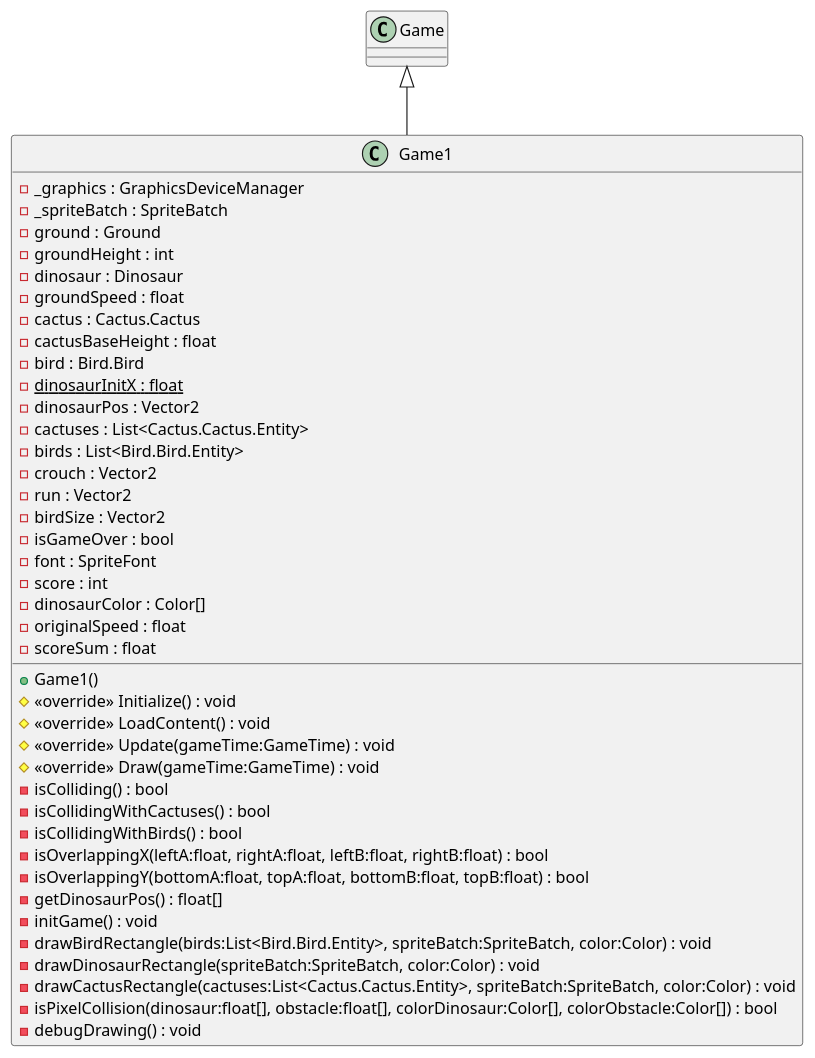
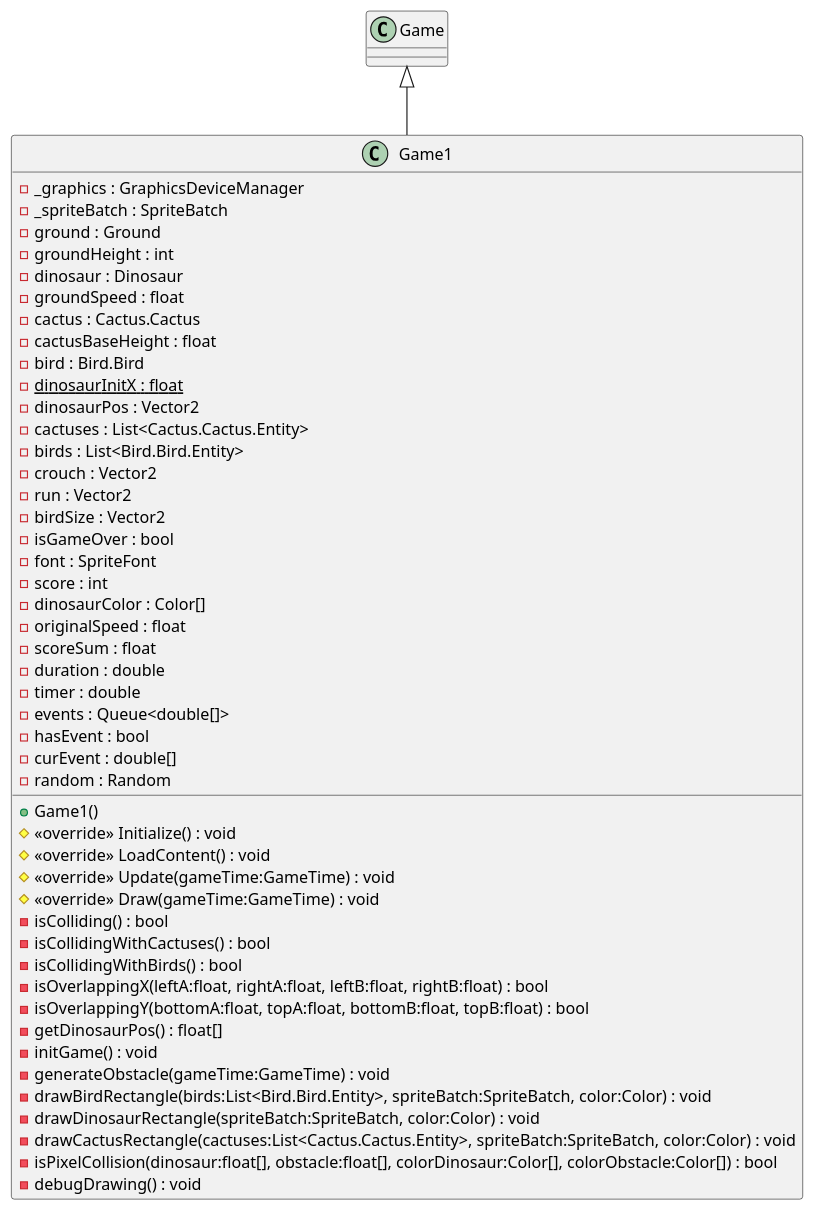
One commit to Famich1ki/T-rax-game changed the diagram in UML/Game1.puml. Above: the diagram before and after it, drawn with PlantUML. The commit also changed 44 other files, not shown here.

Commit message:
Fixing obstacle generating problems; Game Start and Game Over UI design

```diff
--- a/UML/Game1.puml
+++ b/UML/Game1.puml
@@ -1,44 +1,51 @@
 @startuml
 class Game1 {
     - _graphics : GraphicsDeviceManager
     - _spriteBatch : SpriteBatch
     - ground : Ground
     - groundHeight : int
     - dinosaur : Dinosaur
     - groundSpeed : float
     - cactus : Cactus.Cactus
     - cactusBaseHeight : float
     - bird : Bird.Bird
     - {static} dinosaurInitX : float
     - dinosaurPos : Vector2
     - cactuses : List<Cactus.Cactus.Entity>
     - birds : List<Bird.Bird.Entity>
     - crouch : Vector2
     - run : Vector2
     - birdSize : Vector2
     - isGameOver : bool
     - font : SpriteFont
     - score : int
     - dinosaurColor : Color[]
     - originalSpeed : float
     - scoreSum : float
+    - duration : double
+    - timer : double
+    - events : Queue<double[]>
+    - hasEvent : bool
+    - curEvent : double[]
+    - random : Random
     + Game1()
     # <<override>> Initialize() : void
     # <<override>> LoadContent() : void
     # <<override>> Update(gameTime:GameTime) : void
     # <<override>> Draw(gameTime:GameTime) : void
     - isColliding() : bool
     - isCollidingWithCactuses() : bool
     - isCollidingWithBirds() : bool
     - isOverlappingX(leftA:float, rightA:float, leftB:float, rightB:float) : bool
     - isOverlappingY(bottomA:float, topA:float, bottomB:float, topB:float) : bool
     - getDinosaurPos() : float[]
     - initGame() : void
+    - generateObstacle(gameTime:GameTime) : void
     - drawBirdRectangle(birds:List<Bird.Bird.Entity>, spriteBatch:SpriteBatch, color:Color) : void
     - drawDinosaurRectangle(spriteBatch:SpriteBatch, color:Color) : void
     - drawCactusRectangle(cactuses:List<Cactus.Cactus.Entity>, spriteBatch:SpriteBatch, color:Color) : void
     - isPixelCollision(dinosaur:float[], obstacle:float[], colorDinosaur:Color[], colorObstacle:Color[]) : bool
     - debugDrawing() : void
 }
 Game <|-- Game1
 @enduml
```
